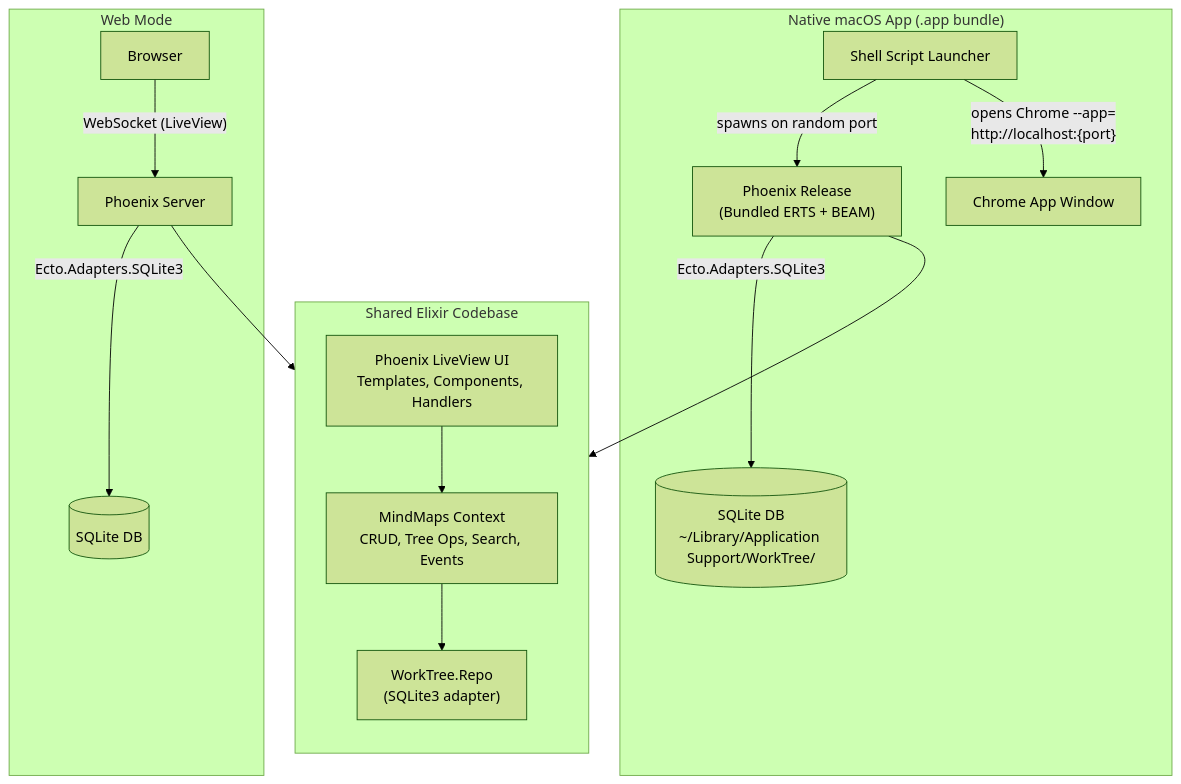
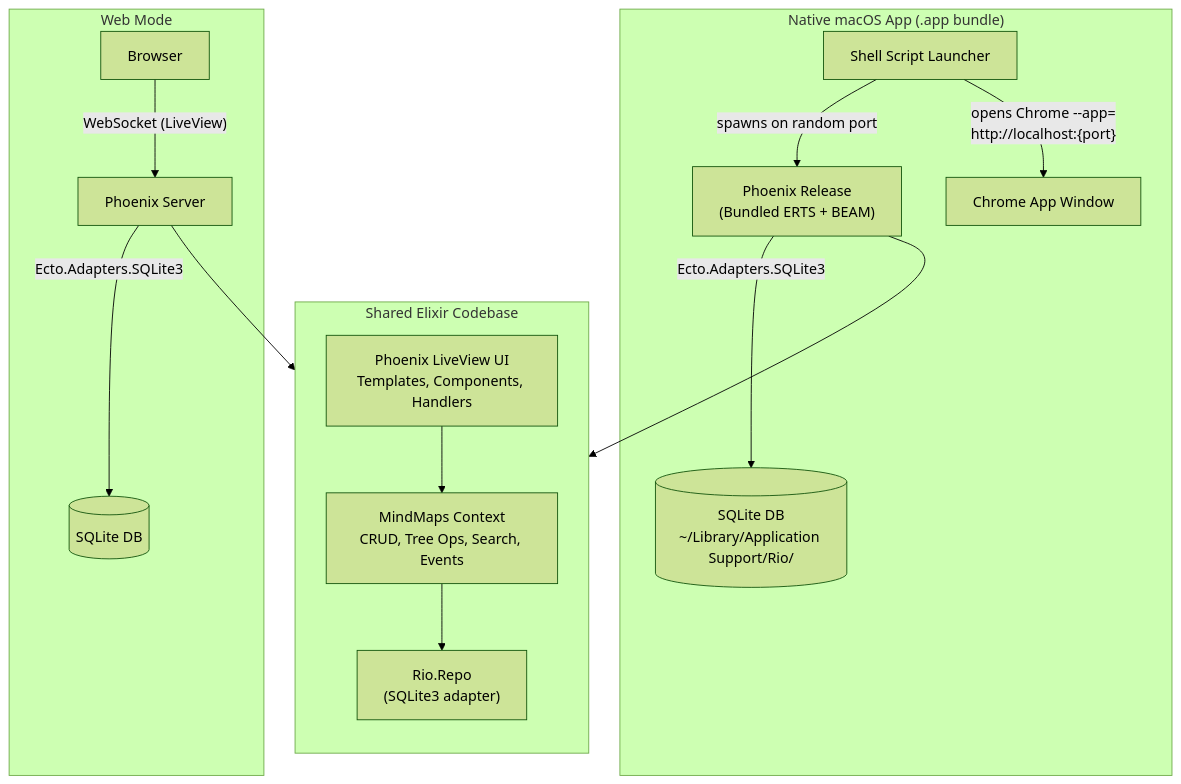
Before and after one commit to xorvo/rio: the diagram in README.md, drawn with Mermaid (forest theme). The commit also changed other lines of this file and 178 other files, not shown here.

First line of the commit message:
Rename WorkTree to Rio across the entire codebase

````diff
--- a/README.md
+++ b/README.md
@@ -25,34 +25,34 @@
 ```mermaid
 graph TB
     subgraph "Native macOS App (.app bundle)"
         Launcher["Shell Script Launcher"]
         Sidecar["Phoenix Release<br/>(Bundled ERTS + BEAM)"]
-        SQLiteD[(SQLite DB<br/>~/Library/Application Support/WorkTree/)]
+        SQLiteD[(SQLite DB<br/>~/Library/Application Support/Rio/)]
 
         Launcher -->|"spawns on random port"| Sidecar
         Sidecar -->|"Ecto.Adapters.SQLite3"| SQLiteD
         Launcher -->|"opens Chrome --app=<br/>http://localhost:{port}"| Chrome["Chrome App Window"]
     end
 
     subgraph "Web Mode"
         Browser["Browser"]
         Phoenix["Phoenix Server"]
         SQLiteW[(SQLite DB)]
 
         Browser -->|"WebSocket (LiveView)"| Phoenix
         Phoenix -->|"Ecto.Adapters.SQLite3"| SQLiteW
     end
 
     subgraph "Shared Elixir Codebase"
         direction TB
         LiveView["Phoenix LiveView UI<br/>Templates, Components, Handlers"]
         Context["MindMaps Context<br/>CRUD, Tree Ops, Search, Events"]
-        Repo["WorkTree.Repo<br/>(SQLite3 adapter)"]
+        Repo["Rio.Repo<br/>(SQLite3 adapter)"]
 
         LiveView --> Context
         Context --> Repo
     end
 
     Phoenix --> LiveView
     Sidecar --> LiveView
 ```
````
